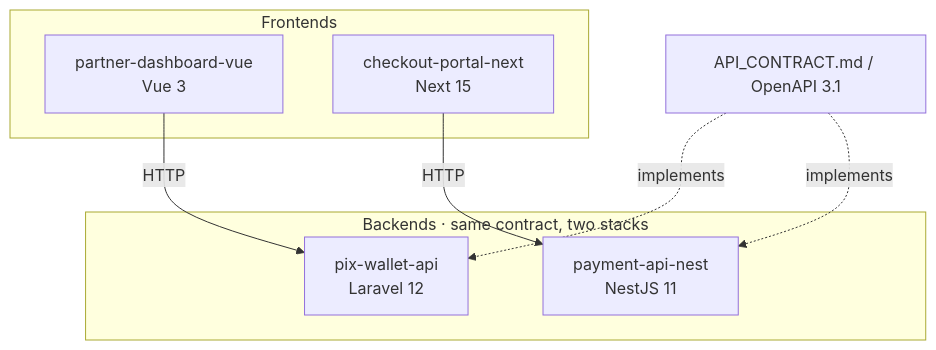
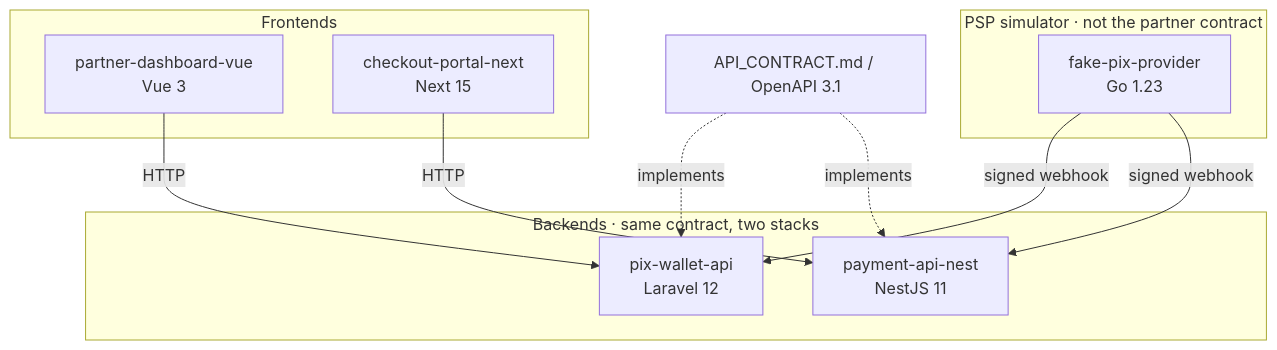
The diagram in README.md (MatGoncal/MatGoncal), drawn with Mermaid before and after one commit. The commit also changed other lines of this file, not shown here.

Commit message:
Add the Go PIX PSP simulator to the AcmePay ecosystem map.

````diff
--- a/README.md
+++ b/README.md
@@ -20,19 +24,25 @@
 ```mermaid
 graph TB
   Contract["API_CONTRACT.md / OpenAPI 3.1"]
 
   subgraph FE["Frontends"]
     Vue["partner-dashboard-vue<br/>Vue 3"]
     Next["checkout-portal-next<br/>Next 15"]
   end
 
   subgraph BE["Backends · same contract, two stacks"]
     Laravel["pix-wallet-api<br/>Laravel 12"]
     Nest["payment-api-nest<br/>NestJS 11"]
   end
 
+  subgraph SIM["PSP simulator · not the partner contract"]
+    Go["fake-pix-provider<br/>Go 1.23"]
+  end
+
   Contract -.->|implements| Laravel
   Contract -.->|implements| Nest
   Vue -->|HTTP| Laravel
   Next -->|HTTP| Nest
+  Go -->|signed webhook| Laravel
+  Go -->|signed webhook| Nest
 ```
````
